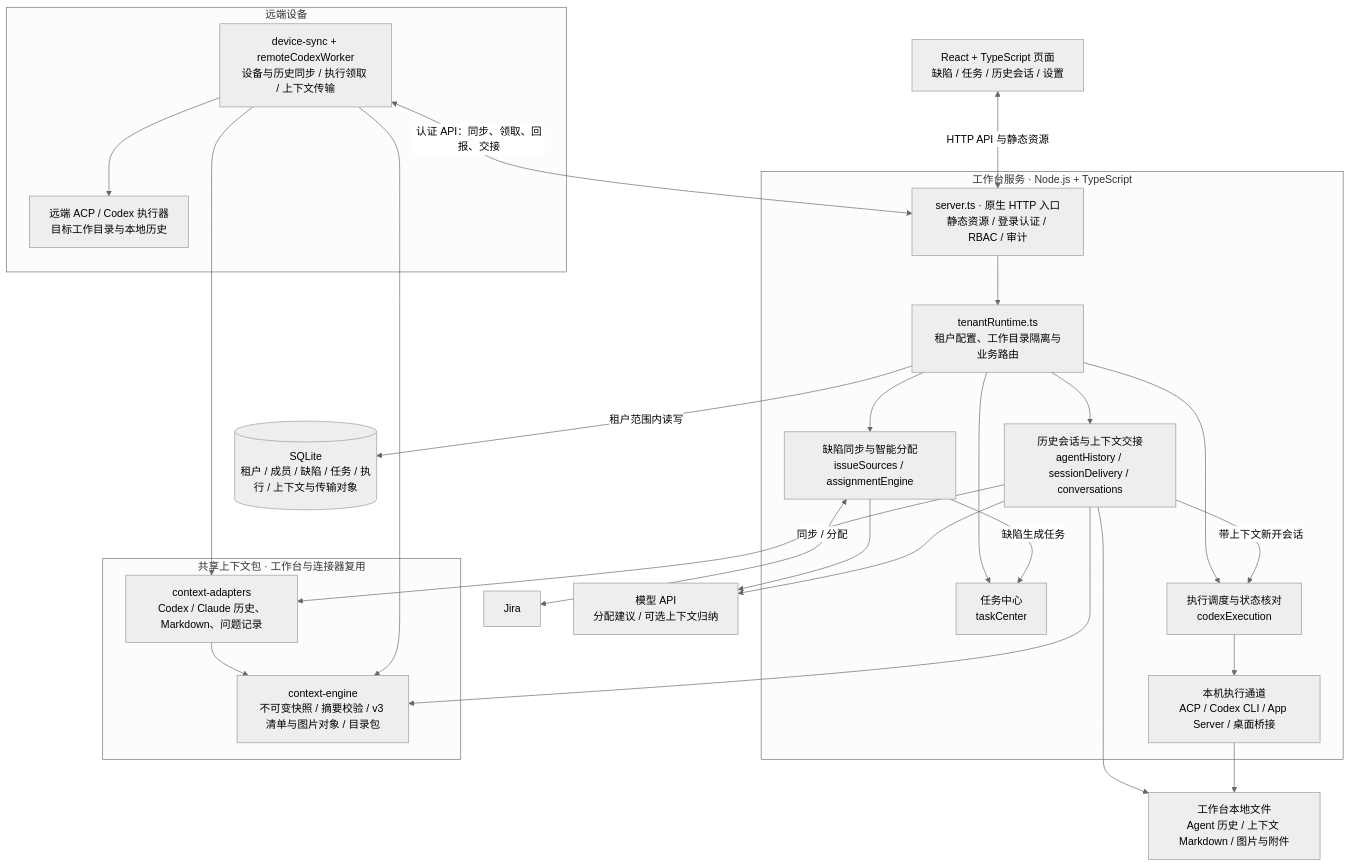
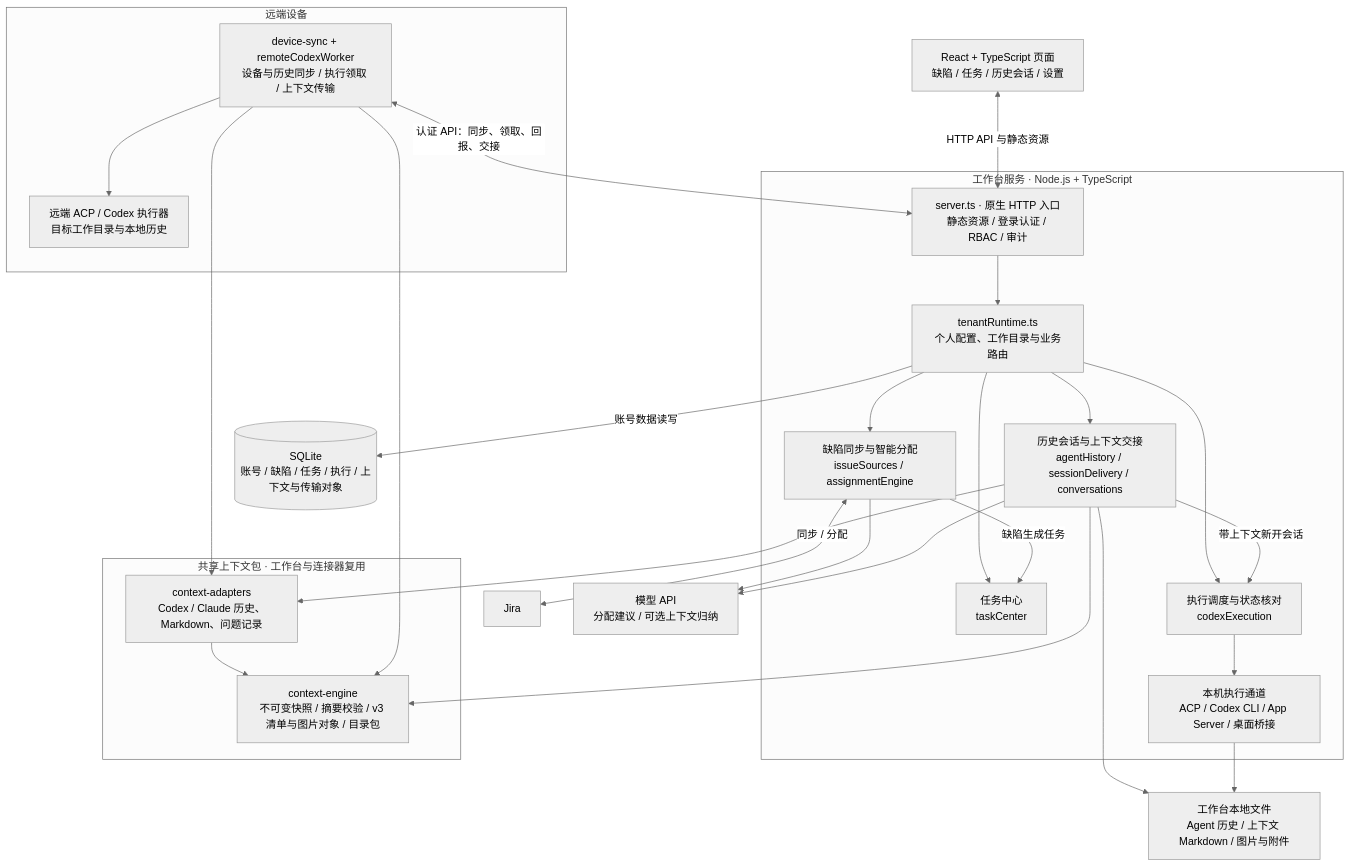
Before and after one commit to Gausons/auto-workflow: the first of 2 diagrams in README.md, drawn with Mermaid (neutral theme). The commit also changed other lines of this file and 41 other files, not shown here.

````diff
--- a/README.md
+++ b/README.md
@@ -20,53 +20,53 @@
 ```mermaid
 flowchart TB
   Web["React + TypeScript 页面<br/>缺陷 / 任务 / 历史会话 / 设置"]
 
   subgraph Workbench["工作台服务 · Node.js + TypeScript"]
     HTTP["server.ts · 原生 HTTP 入口<br/>静态资源 / 登录认证 / RBAC / 审计"]
-    Runtime["tenantRuntime.ts<br/>租户配置、工作目录隔离与业务路由"]
+    Runtime["tenantRuntime.ts<br/>个人配置、工作目录与业务路由"]
     Issues["缺陷同步与智能分配<br/>issueSources / assignmentEngine"]
     Tasks["任务中心<br/>taskCenter"]
     Sessions["历史会话与上下文交接<br/>agentHistory / sessionDelivery / conversations"]
     Execution["执行调度与状态核对<br/>codexExecution"]
     Local["本机执行通道<br/>ACP / Codex CLI / App Server / 桌面桥接"]
 
     HTTP --> Runtime
     Runtime --> Issues
     Runtime --> Tasks
     Runtime --> Sessions
     Runtime --> Execution
     Issues -->|缺陷生成任务| Tasks
     Sessions -->|带上下文新开会话| Execution
     Execution --> Local
   end
 
   subgraph Context["共享上下文包 · 工作台与连接器复用"]
     Adapters["context-adapters<br/>Codex / Claude 历史、Markdown、问题记录"]
     Engine["context-engine<br/>不可变快照 / 摘要校验 / v3 清单与图片对象 / 目录包"]
     Adapters --> Engine
   end
 
   subgraph Remote["远端设备"]
     Connector["device-sync + remoteCodexWorker<br/>设备与历史同步 / 执行领取 / 上下文传输"]
     RemoteAgent["远端 ACP / Codex 执行器<br/>目标工作目录与本地历史"]
     Connector --> RemoteAgent
   end
 
-  DB[("SQLite<br/>租户 / 成员 / 缺陷 / 任务 / 执行 / 上下文与传输对象")]
+  DB[("SQLite<br/>账号 / 缺陷 / 任务 / 执行 / 上下文与传输对象")]
   Files["工作台本地文件<br/>Agent 历史 / 上下文 Markdown / 图片与附件"]
   Jira["Jira"]
   AI["模型 API<br/>分配建议 / 可选上下文归纳"]
 
   Web <-->|HTTP API 与静态资源| HTTP
-  Runtime -->|租户范围内读写| DB
+  Runtime -->|账号数据读写| DB
   Issues <-->|同步 / 分配| Jira
   Issues --> AI
   Sessions --> AI
   Sessions --> Adapters
   Sessions --> Engine
   Sessions --> Files
   Local --> Files
   Connector <-->|认证 API：同步、领取、回报、交接| HTTP
   Connector --> Adapters
   Connector --> Engine
 ```
````
